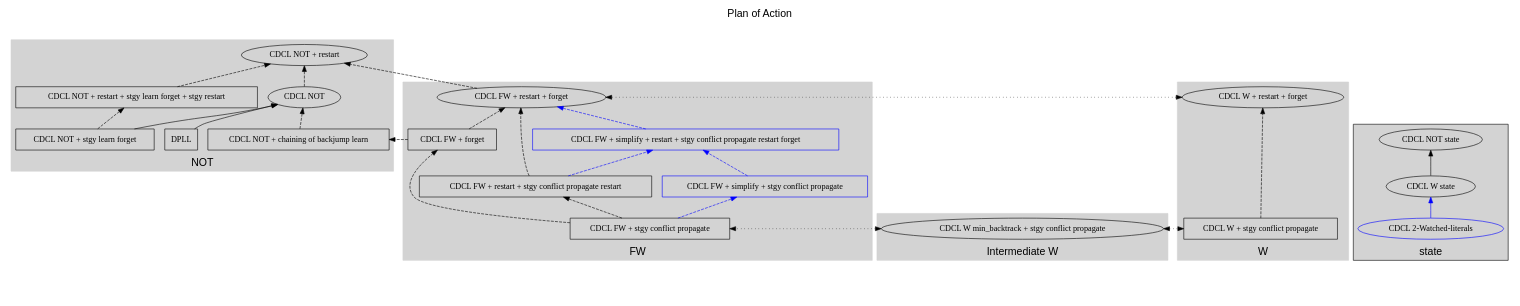
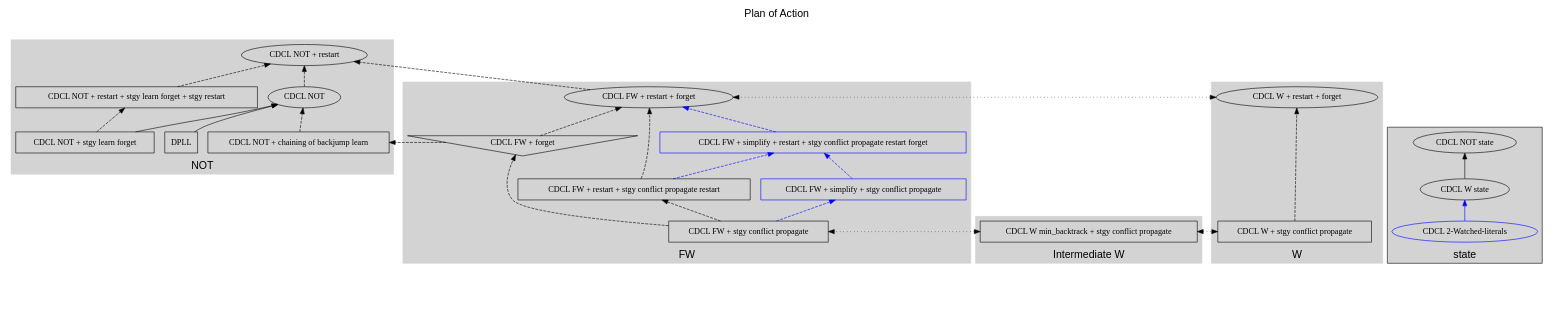
One commit to IsaFoL/IsaFoL changed the diagram in Weidenbach_Book/CDCL.dot. Above: the diagram before and after it, drawn with Graphviz.

Commit message:
updating dot file

```diff
--- a/Weidenbach_Book/CDCL.dot
+++ b/Weidenbach_Book/CDCL.dot
@@ -1,107 +1,107 @@
 //dot -o CDCL.pdf -Tpdf CDCL.dot
 Digraph CDCL {
 	rankdir=BT;
 	graph [label="Plan of Action\n\n", labelloc=t; labeljust=center, fontname=Helvetica, fontsize=18];
 	minlen=100;
 	
 	newrank=true;
 	
 	subgraph cluster_not {
 		label="NOT";
 		style=filled;
 		color=lightgrey;
   		CDCL_NOT_restart [label="CDCL NOT + restart"];
   		CDCL_NOT [label="CDCL NOT"];
   		CDCL_NOT_restart_stgy_learn_forget_restart[label="CDCL NOT + restart + stgy learn forget + stgy restart", shape=box];
   		CDCL_NOT_chaining [label="CDCL NOT + chaining of backjump learn", shape=box];
   		DPLL [label="DPLL", shape=box];
 		CDCL_NOT_stgy_learn_forget [label="CDCL NOT + stgy learn forget", shape=box];
 				
 		
 	}
 
 	CDCL_NOT_stgy_learn_forget -> CDCL_NOT;
 	CDCL_NOT -> CDCL_NOT_restart [style=dashed];
 	CDCL_NOT_stgy_learn_forget -> CDCL_NOT_restart_stgy_learn_forget_restart [style=dashed];
 	CDCL_NOT_restart_stgy_learn_forget_restart -> CDCL_NOT_restart [style=dashed];
 	DPLL -> CDCL_NOT;
 
 	CDCL_NOT_chaining -> CDCL_NOT [style=dashed];
 	subgraph cluster_phantom{
 	  style = invis;
 	  
   	  subgraph cluster_w_fw {
   		  label="Intermediate W";
   		  style=filled;
   		  color=lightgrey;
-  		  CDCL_W_min_backtrack_stgy_conflict_propagate [label="CDCL W min_backtrack + stgy conflict propagate"];
+  		  CDCL_W_min_backtrack_stgy_conflict_propagate [label="CDCL W min_backtrack + stgy conflict propagate", shape=box];
   	  }
   	  subgraph cluster_fw {
   		  style=filled;
   		  color=lightgrey;
   		  label="FW";
-  		  CDCL_FW_forget [label="CDCL FW + forget", shape=box];
+  		  CDCL_FW_forget [label="CDCL FW + forget", shape=invtriangle];
   		  CDCL_FW_stgy_conflict_propagate_restart [label="CDCL FW + restart + stgy conflict propagate restart", shape=box];
 		  CDCL_FW_simplify_stgy_conflict_propagate_restart [label="CDCL FW + simplify + restart + stgy conflict propagate restart forget", color=blue, shape=box];
   		  CDCL_FW_stgy_conflict_propagate [label="CDCL FW + stgy conflict propagate", shape=box];
   		  CDCL_FW_simplify_stgy_conflict_propagate [label="CDCL FW + simplify + stgy conflict propagate", color=blue, shape=box];
   		  CDCL_FW_forget_restart [label="CDCL FW + restart + forget"];
 	  }
 	}
 	CDCL_FW_stgy_conflict_propagate_restart -> CDCL_FW_forget_restart [style=dashed];
 	CDCL_FW_forget -> CDCL_NOT_chaining [style=dashed];
 	CDCL_FW_forget -> CDCL_FW_forget_restart [style=dashed];
 	CDCL_FW_forget_restart -> CDCL_NOT_restart [style=dashed];
 	CDCL_FW_stgy_conflict_propagate -> CDCL_FW_stgy_conflict_propagate_restart[style=dashed];
 
 	CDCL_FW_stgy_conflict_propagate -> CDCL_FW_simplify_stgy_conflict_propagate[style=dashed, color=blue];
 	CDCL_FW_stgy_conflict_propagate_restart -> CDCL_FW_simplify_stgy_conflict_propagate_restart[style=dashed, color=blue];
 	CDCL_FW_simplify_stgy_conflict_propagate -> CDCL_FW_simplify_stgy_conflict_propagate_restart[style=dashed, color=blue];
 	CDCL_FW_simplify_stgy_conflict_propagate_restart -> CDCL_FW_forget_restart[style=dashed, color=blue];
 
 	subgraph cluster_w {
 		label="W";
 		style=filled;
 		color=lightgrey;
 		CDCL_W_forget_restart [label="CDCL W + restart + forget"];
 		CDCL_W_stgy_conflict_propagate [label="CDCL W + stgy conflict propagate", shape=box];
 	}
 	CDCL_W_stgy_conflict_propagate -> CDCL_W_forget_restart[style=dashed];
 	CDCL_W_forget_restart -> CDCL_FW_forget_restart[style=dotted, dir="both"];
 
 
 	CDCL_W_min_backtrack_stgy_conflict_propagate -> CDCL_W_stgy_conflict_propagate[style=dotted, dir="both"];
 	CDCL_W_min_backtrack_stgy_conflict_propagate -> CDCL_FW_stgy_conflict_propagate[style=dotted, dir="both"];
 	CDCL_FW_stgy_conflict_propagate -> CDCL_FW_forget[style=dashed];
 	
 
 	subgraph cluster_state {
 		label="state";
 		style=filled;
 		CDCL_NOT_state [label="CDCL NOT state"];
 		CDCL_W_state [label="CDCL W state"];
 		CDCL_WL [label="CDCL 2-Watched-literals", color=blue];
 	}
 
 	CDCL_W_state -> CDCL_NOT_state;
 	CDCL_WL -> CDCL_W_state[color=blue];
 
 	{rank=same;
 		CDCL_W_forget_restart;
 		CDCL_FW_forget_restart;
 		
 	}
 
 	{rank=sink
 		CDCL_W_min_backtrack_stgy_conflict_propagate
 		CDCL_W_stgy_conflict_propagate
 		CDCL_FW_stgy_conflict_propagate
 	}
 	
 	{rank=same
 		CDCL_NOT_chaining
 		CDCL_FW_forget
 		DPLL
 		CDCL_NOT_stgy_learn_forget
 	}
 }
```
